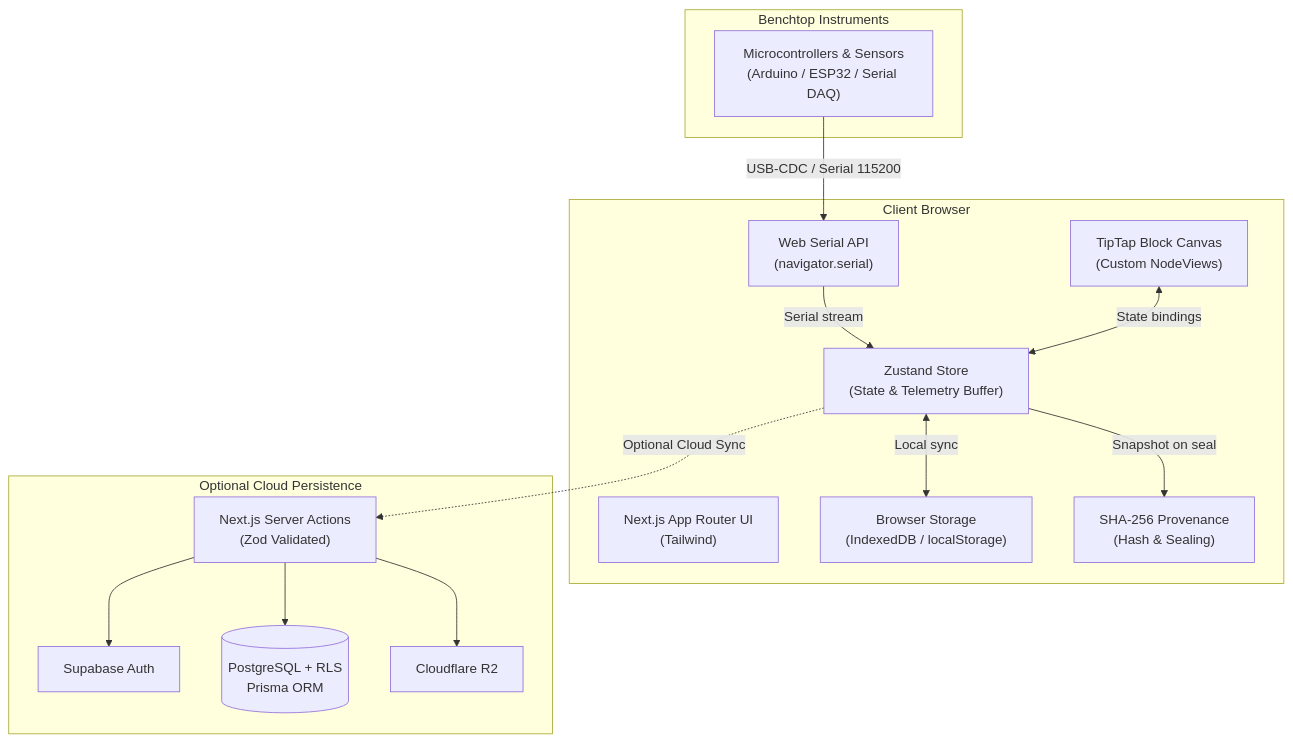
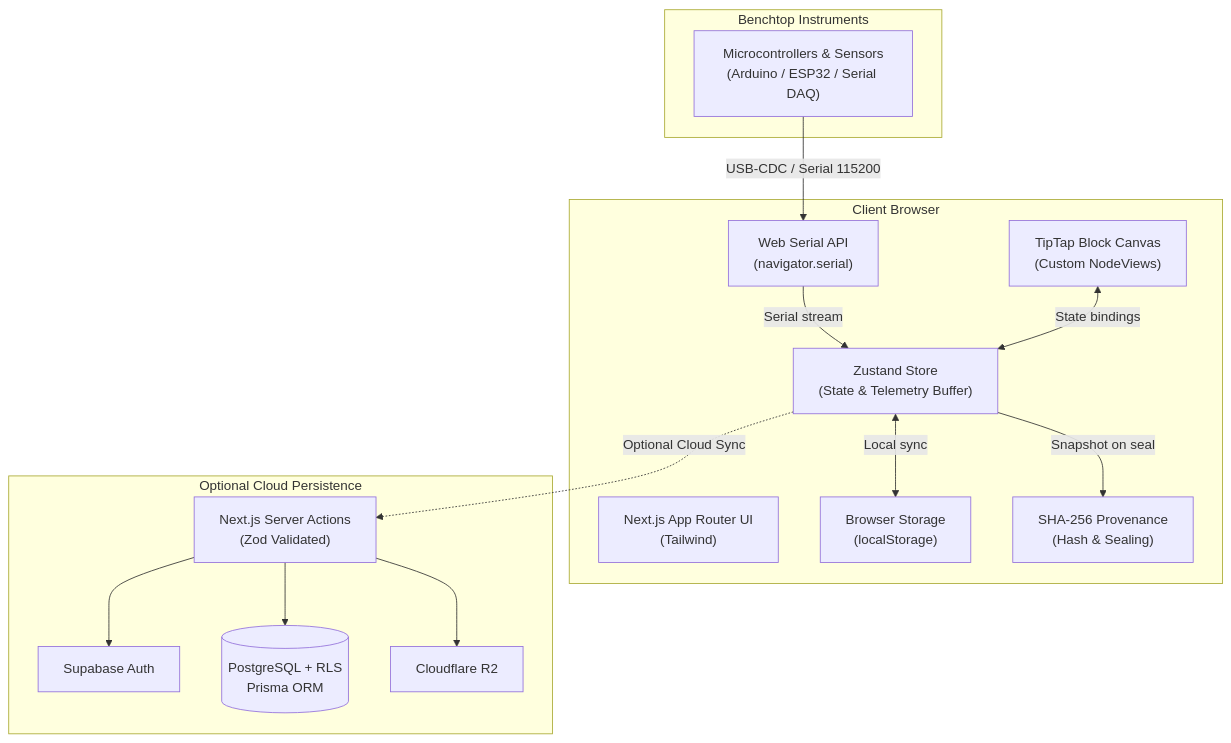
The diagram in docs/ARCHITECTURE.md (kaleb973/Inquestra), drawn with Mermaid before and after one commit. The commit also changed other lines of this file and 19 other files, not shown here.

````diff
--- a/docs/ARCHITECTURE.md
+++ b/docs/ARCHITECTURE.md
@@ -9,33 +9,33 @@
 ```mermaid
 graph TD
     subgraph Browser ["Client Browser"]
         UI["Next.js App Router UI<br/>(Tailwind)"]
         Canvas["TipTap Block Canvas<br/>(Custom NodeViews)"]
         Zustand["Zustand Store<br/>(State & Telemetry Buffer)"]
-        Storage["Browser Storage<br/>(IndexedDB / localStorage)"]
+        Storage["Browser Storage<br/>(localStorage)"]
         WebSerial["Web Serial API<br/>(navigator.serial)"]
         ProvEngine["SHA-256 Provenance<br/>(Hash & Sealing)"]
 
         WebSerial -->|Serial stream| Zustand
         Canvas <-->|State bindings| Zustand
         Zustand <-->|Local sync| Storage
         Zustand -->|Snapshot on seal| ProvEngine
     end
 
     subgraph Hardware ["Benchtop Instruments"]
         MCU["Microcontrollers & Sensors<br/>(Arduino / ESP32 / Serial DAQ)"]
         MCU -->|USB-CDC / Serial 115200| WebSerial
     end
 
     subgraph Cloud ["Optional Cloud Persistence"]
         ServerActions["Next.js Server Actions<br/>(Zod Validated)"]
         Auth["Supabase Auth"]
         DB[(PostgreSQL + RLS<br/>Prisma ORM)]
         R2["Cloudflare R2"]
 
         Zustand -.->|Optional Cloud Sync| ServerActions
         ServerActions --> Auth
         ServerActions --> DB
         ServerActions --> R2
     end
 ```
````
